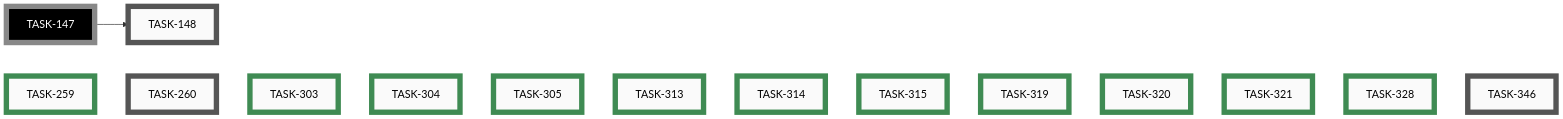
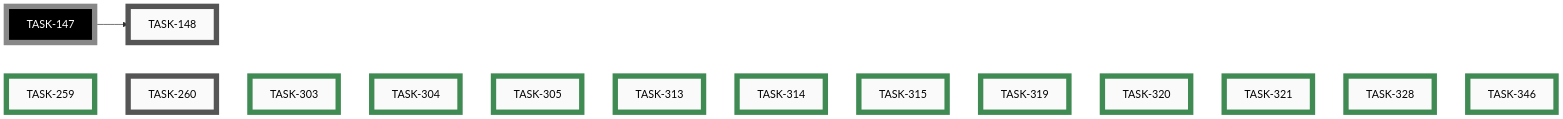
One commit to tgd1975/AwesomeStudioPedal changed the tenth of 10 diagrams in docs/developers/tasks/EPICS.md. Above: the diagram before and after it, drawn with Mermaid. The commit also changed other lines of this file and 4 other files, not shown here.

First line of the commit message:
close TASK-346: Make pre-commit C++ checks content-sensitive

````diff
--- a/docs/developers/tasks/EPICS.md
+++ b/docs/developers/tasks/EPICS.md
@@ -395,42 +395,42 @@
 ```mermaid
 graph LR
     TASK_148["TASK-148"]:::open
     TASK_260["TASK-260"]:::open
-    TASK_346["TASK-346"]:::open
     TASK_259["TASK-259"]:::closed
     TASK_303["TASK-303"]:::closed
     TASK_304["TASK-304"]:::closed
     TASK_305["TASK-305"]:::closed
     TASK_313["TASK-313"]:::closed
     TASK_314["TASK-314"]:::closed
     TASK_315["TASK-315"]:::closed
     TASK_319["TASK-319"]:::closed
     TASK_320["TASK-320"]:::closed
     TASK_321["TASK-321"]:::closed
     TASK_328["TASK-328"]:::closed
+    TASK_346["TASK-346"]:::closed
     TASK_147["TASK-147"]:::openExt
     TASK_147 --> TASK_148
     TASK_259 ~~~ TASK_260 ~~~ TASK_303 ~~~ TASK_304 ~~~ TASK_305 ~~~ TASK_313 ~~~ TASK_314 ~~~ TASK_315 ~~~ TASK_319 ~~~ TASK_320 ~~~ TASK_321 ~~~ TASK_328 ~~~ TASK_346
     click TASK_148 "open/task-148-reorganise-developer-documentation.md"
     click TASK_260 "open/task-260-unify-version-numbers-across-deliverables.md"
-    click TASK_346 "open/task-346-content-sensitive-precommit-checks.md"
     click TASK_259 "closed/task-259-android-app-test-protocol.md"
     click TASK_303 "closed/task-303-simulator-boots-with-demo-loaded.md"
     click TASK_304 "closed/task-304-simulator-button-no-hover-reaction.md"
     click TASK_305 "closed/task-305-add-category-field-to-ideas.md"
     click TASK_313 "closed/task-313-emoji-icons-for-idea-categories.md"
     click TASK_314 "closed/task-314-nbsp-between-icon-and-category.md"
     click TASK_315 "closed/task-315-idea-sub-file-naming-convention.md"
     click TASK_319 "closed/task-319-remove-wireviz-precommit-block.md"
     click TASK_320 "closed/task-320-remove-ble-flag-precommit-check.md"
     click TASK_321 "closed/task-321-fix-ci-failures-mermaid-clang-tidy.md"
     click TASK_328 "closed/task-328-prevent-parallel-housekeep-execution.md"
+    click TASK_346 "closed/task-346-content-sensitive-precommit-checks.md"
     classDef open    fill:#FAFAFA,stroke:#555,stroke-width:8px,color:#000
     classDef active  fill:#FAFAFA,stroke:#1A6FA8,stroke-width:8px,color:#000
     classDef closed  fill:#FAFAFA,stroke:#3F8B53,stroke-width:8px,color:#000
     classDef paused  fill:#FAFAFA,stroke:#B07810,stroke-width:8px,color:#000
     classDef openExt    fill:#000,stroke:#888,stroke-width:8px,color:#FFF
     classDef activeExt  fill:#000,stroke:#3FA9F5,stroke-width:8px,color:#FFF
     classDef closedExt  fill:#000,stroke:#7CC68A,stroke-width:8px,color:#FFF
     classDef pausedExt  fill:#000,stroke:#F0B030,stroke-width:8px,color:#FFF
 ```
````
